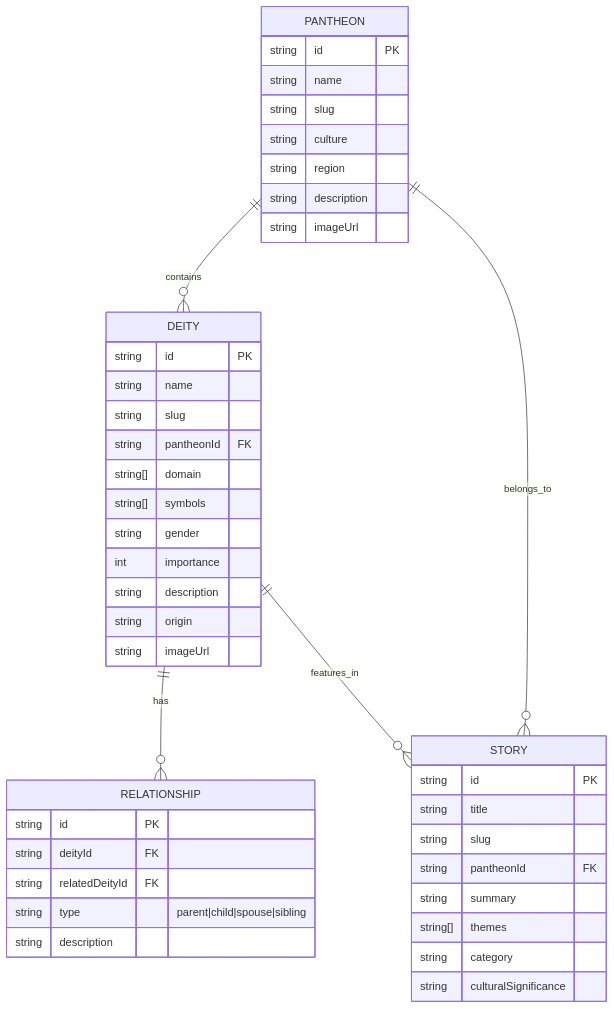
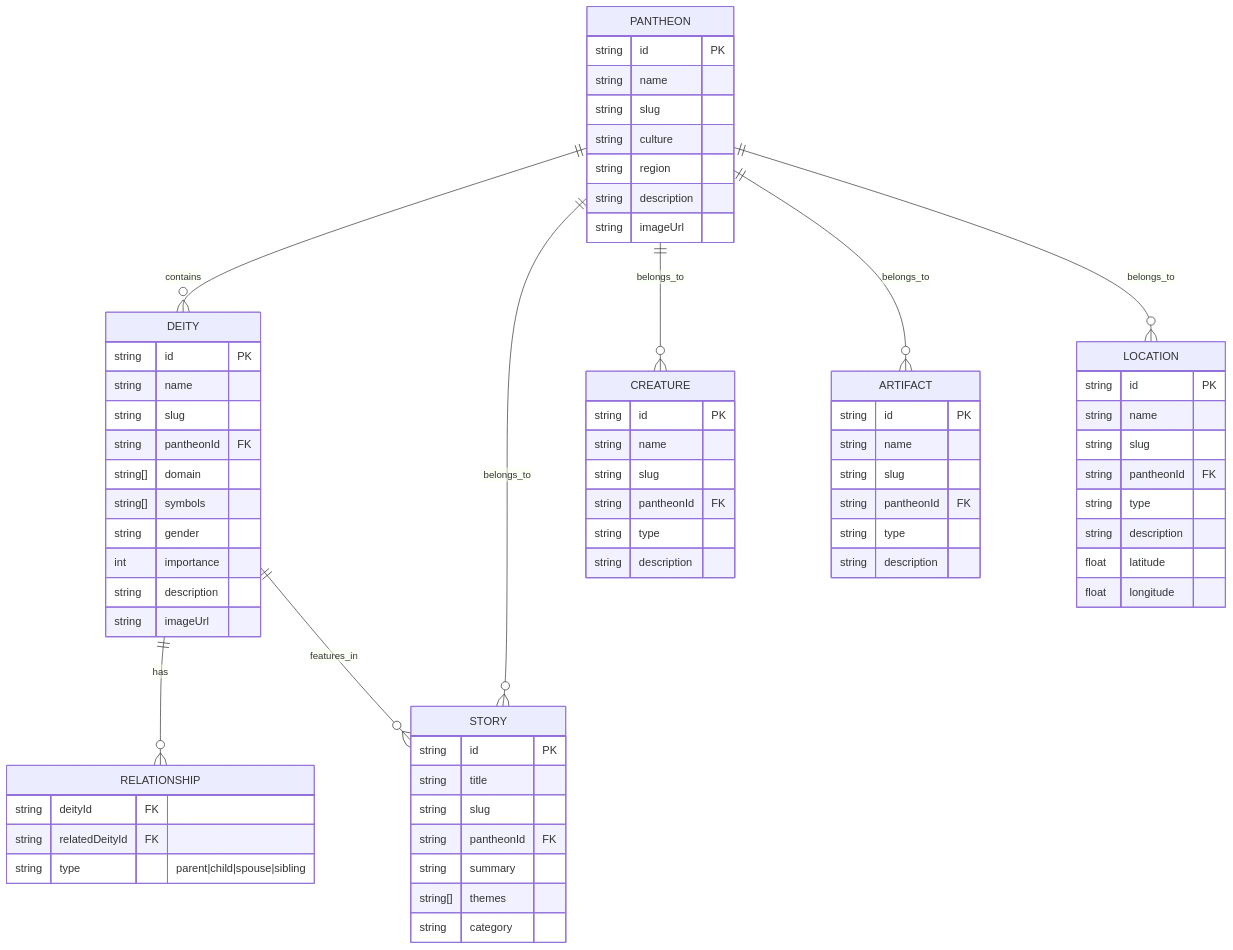
One commit to forbiddenlink/mythos changed the third of 5 diagrams in ARCHITECTURE.md. Above: the diagram before and after it, drawn with Mermaid. The commit also changed other lines of this file and 2 other files, not shown here.

First line of the commit message:
docs: rewrite README, ARCHITECTURE with accurate data and versions

````diff
--- a/ARCHITECTURE.md
+++ b/ARCHITECTURE.md
@@ -143,50 +89,78 @@
 ```mermaid
 erDiagram
     PANTHEON ||--o{ DEITY : contains
+    PANTHEON ||--o{ STORY : belongs_to
+    PANTHEON ||--o{ CREATURE : belongs_to
+    PANTHEON ||--o{ ARTIFACT : belongs_to
+    PANTHEON ||--o{ LOCATION : belongs_to
     DEITY ||--o{ RELATIONSHIP : has
     DEITY ||--o{ STORY : features_in
-    PANTHEON ||--o{ STORY : belongs_to
     
     PANTHEON {
         string id PK
         string name
         string slug
         string culture
         string region
         string description
         string imageUrl
     }
     
     DEITY {
         string id PK
         string name
         string slug
         string pantheonId FK
         string[] domain
         string[] symbols
         string gender
         int importance
         string description
-        string origin
         string imageUrl
-    }
-    
-    RELATIONSHIP {
-        string id PK
-        string deityId FK
-        string relatedDeityId FK
-        string type "parent|child|spouse|sibling"
-        string description
     }
     
     STORY {
         string id PK
         string title
         string slug
         string pantheonId FK
         string summary
         string[] themes
         string category
-        string culturalSignificance
+    }
+    
+    CREATURE {
+        string id PK
+        string name
+        string slug
+        string pantheonId FK
+        string type
+        string description
+    }
+    
+    ARTIFACT {
+        string id PK
+        string name
+        string slug
+        string pantheonId FK
+        string type
+        string description
+    }
+    
+    LOCATION {
+        string id PK
+        string name
+        string slug
+        string pantheonId FK
+        string type
+        string description
+        float latitude
+        float longitude
+    }
+    
+    RELATIONSHIP {
+        string deityId FK
+        string relatedDeityId FK
+        string type "parent|child|spouse|sibling"
     }
 ```
````
